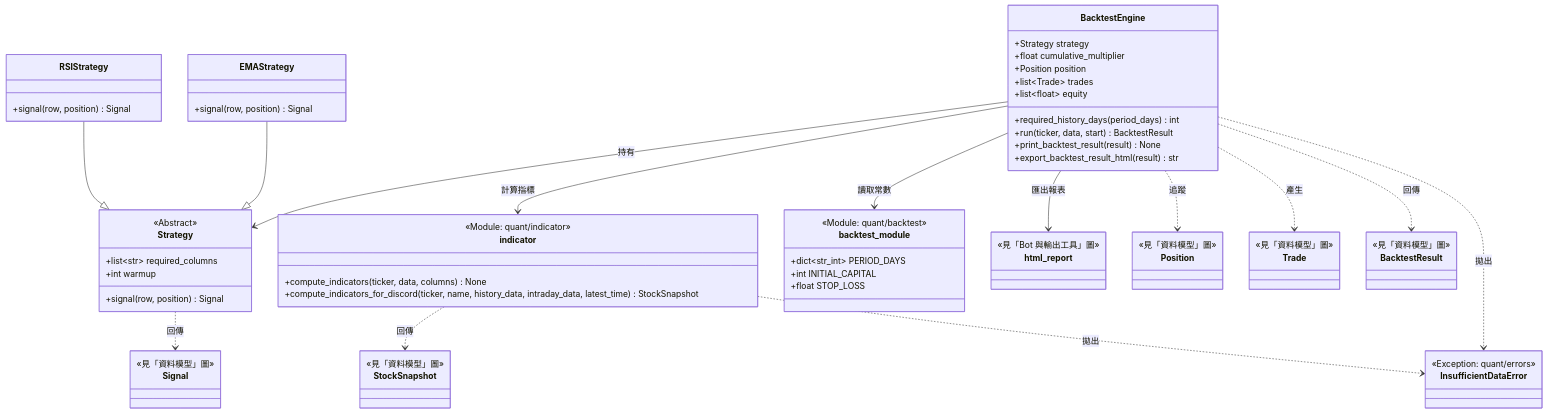
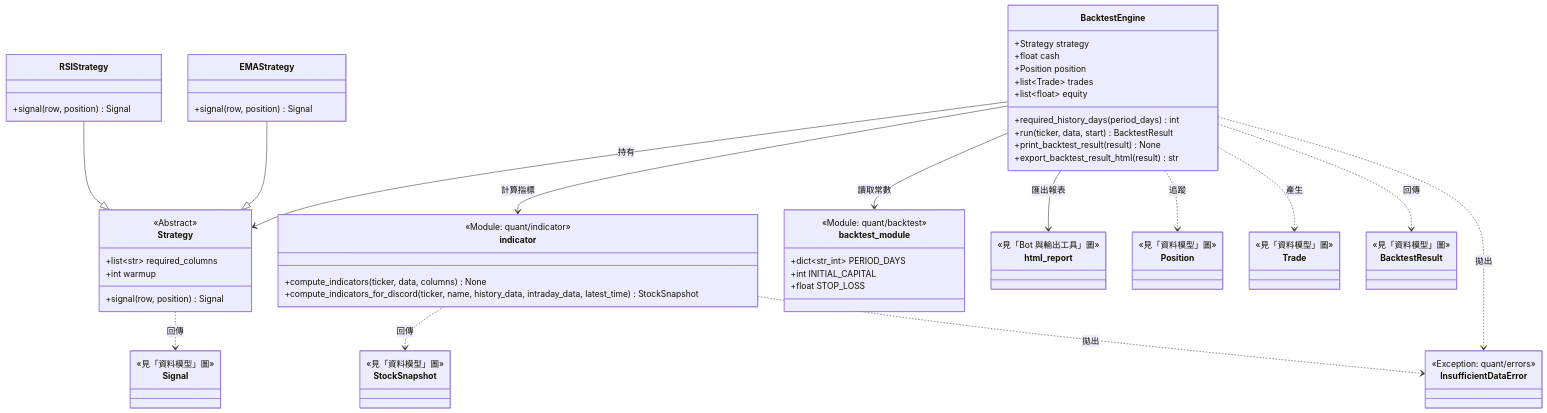
The second of 6 diagrams in docs/UML.md (JialaChang/Discord-Stock-Bot), drawn with Mermaid before and after one commit. The commit also changed other lines of this file and 12 other files, not shown here.

First line of the commit message:
refactor(quant): account in cash and whole shares instead of a compounding multiplier

````diff
--- a/docs/UML.md
+++ b/docs/UML.md
@@ -87,81 +80,81 @@
 ```mermaid
 classDiagram
     direction TB
 
     class indicator {
         <<Module: quant/indicator>>
         +compute_indicators(ticker, data, columns) None
         +compute_indicators_for_discord(ticker, name, history_data, intraday_data, latest_time) StockSnapshot
     }
 
     class Strategy {
         <<Abstract>>
         +list~str~ required_columns
         +int warmup
         +signal(row, position) Signal
     }
 
     class RSIStrategy {
         +signal(row, position) Signal
     }
 
     class EMAStrategy {
         +signal(row, position) Signal
     }
 
     class backtest_module {
         <<Module: quant/backtest>>
         +dict~str_int~ PERIOD_DAYS
         +int INITIAL_CAPITAL
         +float STOP_LOSS
     }
 
     class BacktestEngine {
         +Strategy strategy
-        +float cumulative_multiplier
+        +float cash
         +Position position
         +list~Trade~ trades
         +list~float~ equity
         +required_history_days(period_days) int
         +run(ticker, data, start) BacktestResult
         +print_backtest_result(result) None
         +export_backtest_result_html(result) str
     }
 
     class InsufficientDataError {
         <<Exception: quant/errors>>
     }
 
     class html_report {
         <<見「Bot 與輸出工具」圖>>
     }
     class StockSnapshot {
         <<見「資料模型」圖>>
     }
     class Signal {
         <<見「資料模型」圖>>
     }
     class Position {
         <<見「資料模型」圖>>
     }
     class Trade {
         <<見「資料模型」圖>>
     }
     class BacktestResult {
         <<見「資料模型」圖>>
     }
 
     RSIStrategy --|> Strategy
     EMAStrategy --|> Strategy
     Strategy ..> Signal : 回傳
     indicator ..> StockSnapshot : 回傳
     indicator ..> InsufficientDataError : 拋出
     BacktestEngine --> Strategy : 持有
     BacktestEngine --> indicator : 計算指標
     BacktestEngine --> backtest_module : 讀取常數
     BacktestEngine --> html_report : 匯出報表
     BacktestEngine ..> Position : 追蹤
     BacktestEngine ..> Trade : 產生
     BacktestEngine ..> BacktestResult : 回傳
     BacktestEngine ..> InsufficientDataError : 拋出
 ```
````
